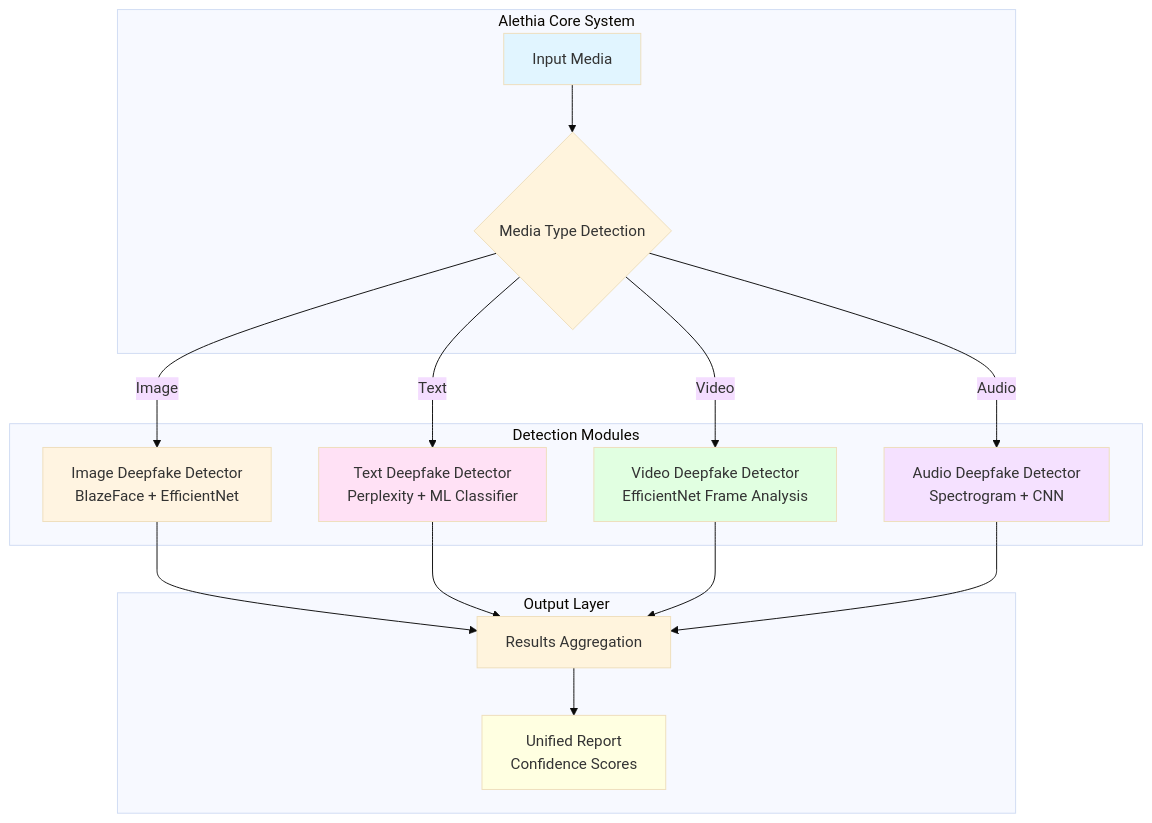
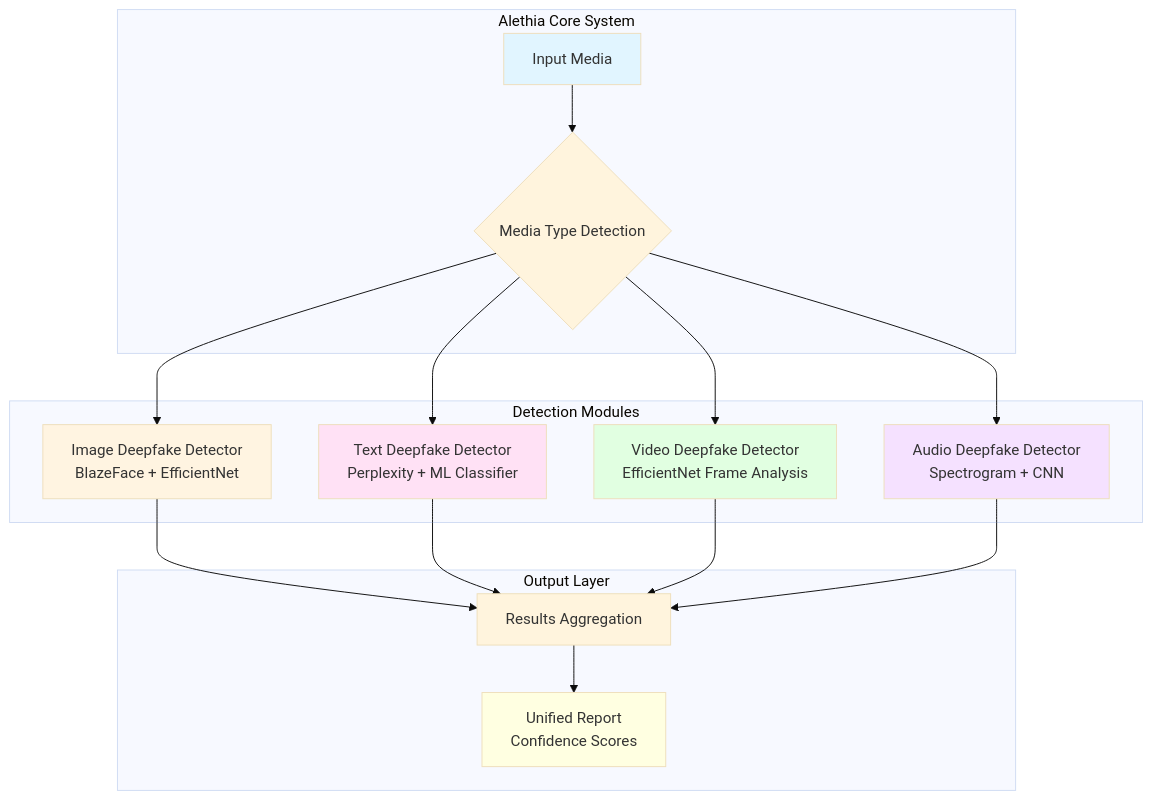
The first of 9 diagrams in README.md (Aashu-11/Aletheia-DeepFake-Detection-System-), drawn with Mermaid (base theme) before and after one commit. The commit also changed other lines of this file, not shown here.

Commit message:
Fixed readme issue

````diff
--- a/README.md
+++ b/README.md
@@ -69,28 +69,28 @@
 ```mermaid
 graph TB
     subgraph "Alethia Core System"
         A[Input Media] --> B{Media Type Detection}
     end
     
     subgraph "Detection Modules"
-        B -->|Image| C[Image Deepfake Detector<br/>BlazeFace + EfficientNet]
-        B -->|Text| D[Text Deepfake Detector<br/>Perplexity + ML Classifier]
-        B -->|Video| E[Video Deepfake Detector<br/>EfficientNet Frame Analysis]
-        B -->|Audio| F[Audio Deepfake Detector<br/>Spectrogram + CNN]
+        B --> C[Image Deepfake Detector<br/>BlazeFace + EfficientNet]
+        B --> D[Text Deepfake Detector<br/>Perplexity + ML Classifier]
+        B --> E[Video Deepfake Detector<br/>EfficientNet Frame Analysis]
+        B --> F[Audio Deepfake Detector<br/>Spectrogram + CNN]
     end
     
     subgraph "Output Layer"
         C --> G[Results Aggregation]
         D --> G
         E --> G
         F --> G
         G --> H[Unified Report<br/>Confidence Scores]
     end
     
     style A fill:#e1f5ff
     style C fill:#fff4e1
     style D fill:#ffe1f5
     style E fill:#e1ffe1
     style F fill:#f5e1ff
     style H fill:#ffffe1
 ```
````
